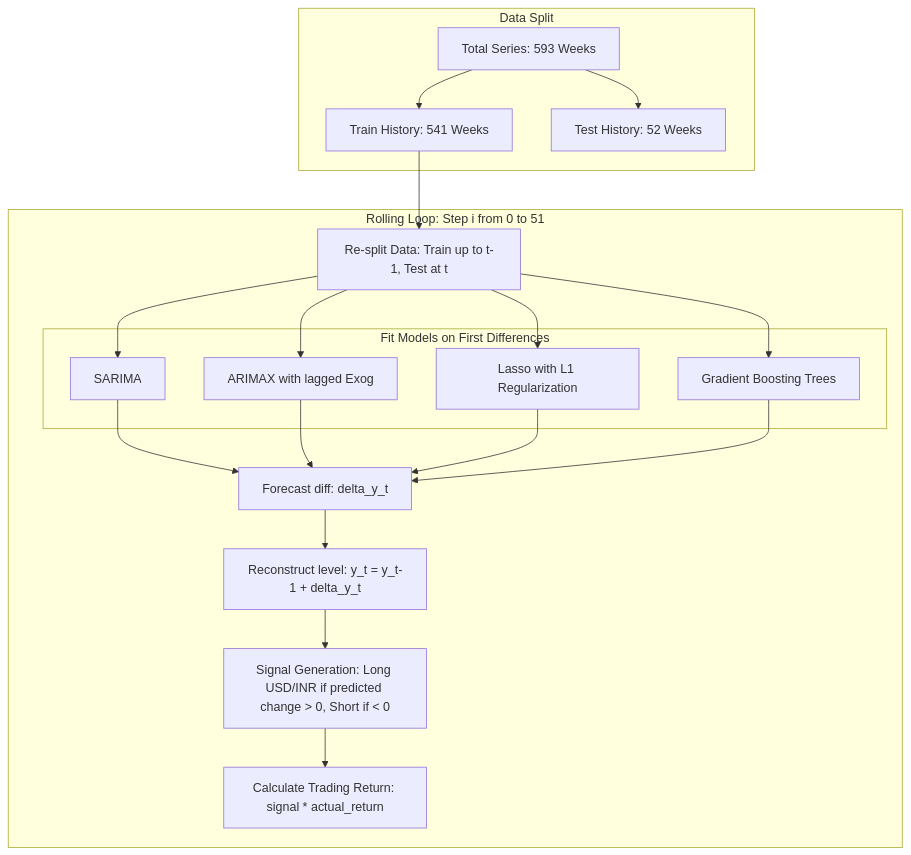
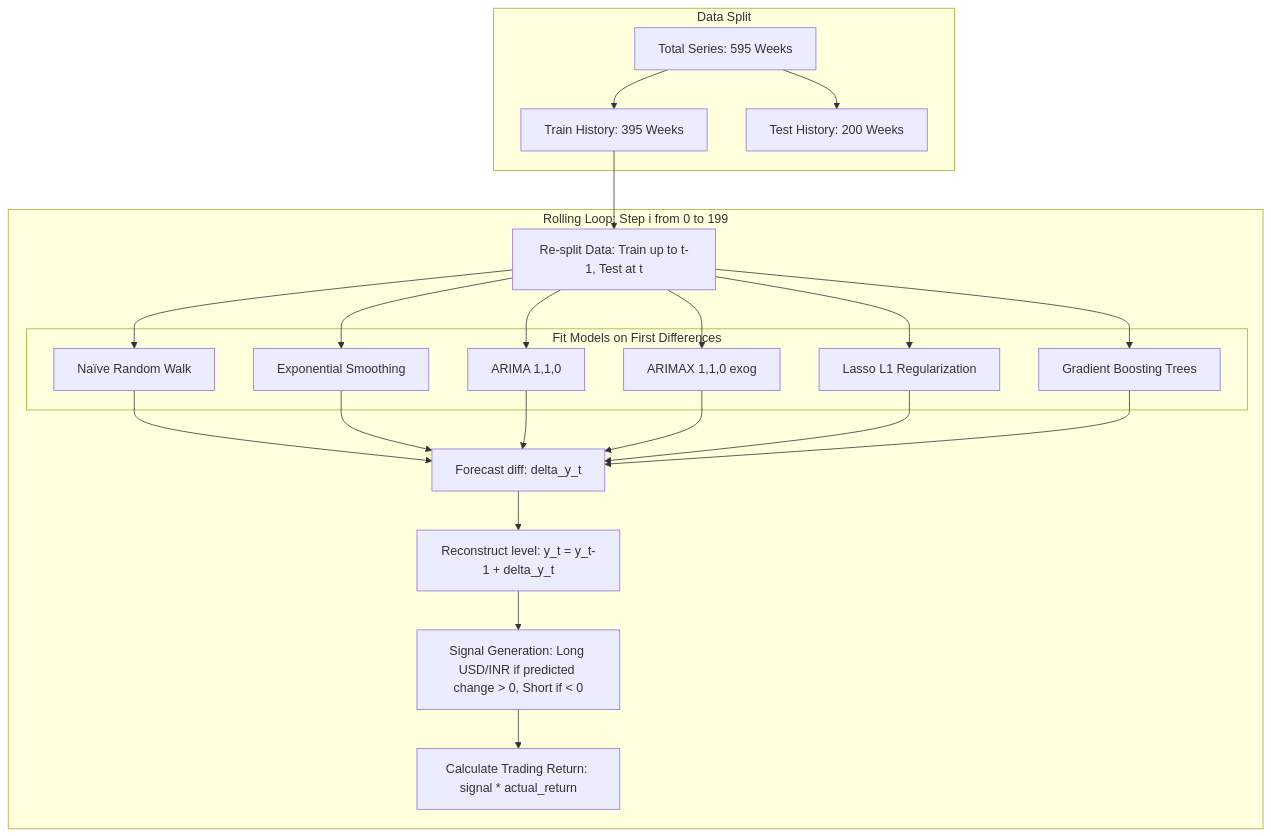
Before and after one commit to srishti7103/RupeeRisk: the second of 2 diagrams in Report.md, drawn with Mermaid. The commit also changed other lines of this file and 18 other files, not shown here.

````diff
--- a/Report.md
+++ b/Report.md
@@ -101,30 +116,32 @@
 ```mermaid
 flowchart TD
     subgraph Data Split
-        TS[Total Series: 593 Weeks]
-        TRAIN[Train History: 541 Weeks]
-        TEST[Test History: 52 Weeks]
+        TS[Total Series: 595 Weeks]
+        TRAIN[Train History: 395 Weeks]
+        TEST[Test History: 200 Weeks]
     end
 
-    subgraph Rolling Loop: Step i from 0 to 51
+    subgraph Rolling Loop: Step i from 0 to 199
         SPLIT[Re-split Data: Train up to t-1, Test at t]
         
         subgraph Fit Models on First Differences
-            M1[SARIMA]
-            M2[ARIMAX with lagged Exog]
-            M3[Lasso with L1 Regularization]
-            M4[Gradient Boosting Trees]
+            M1[Naïve Random Walk]
+            M2[Exponential Smoothing]
+            M3[ARIMA 1,1,0]
+            M4[ARIMAX 1,1,0 exog]
+            M5[Lasso L1 Regularization]
+            M6[Gradient Boosting Trees]
         end
         
         FORECAST[Forecast diff: delta_y_t]
         RECONSTRUCT[Reconstruct level: y_t = y_t-1 + delta_y_t]
         SIGNAL[Signal Generation: Long USD/INR if predicted change > 0, Short if < 0]
         RETURN[Calculate Trading Return: signal * actual_return]
     end
 
     TS --> TRAIN & TEST
     TRAIN --> SPLIT
-    SPLIT --> M1 & M2 & M3 & M4
-    M1 & M2 & M3 & M4 --> FORECAST
+    SPLIT --> M1 & M2 & M3 & M4 & M5 & M6
+    M1 & M2 & M3 & M4 & M5 & M6 --> FORECAST
     FORECAST --> RECONSTRUCT --> SIGNAL --> RETURN
 ```
````
